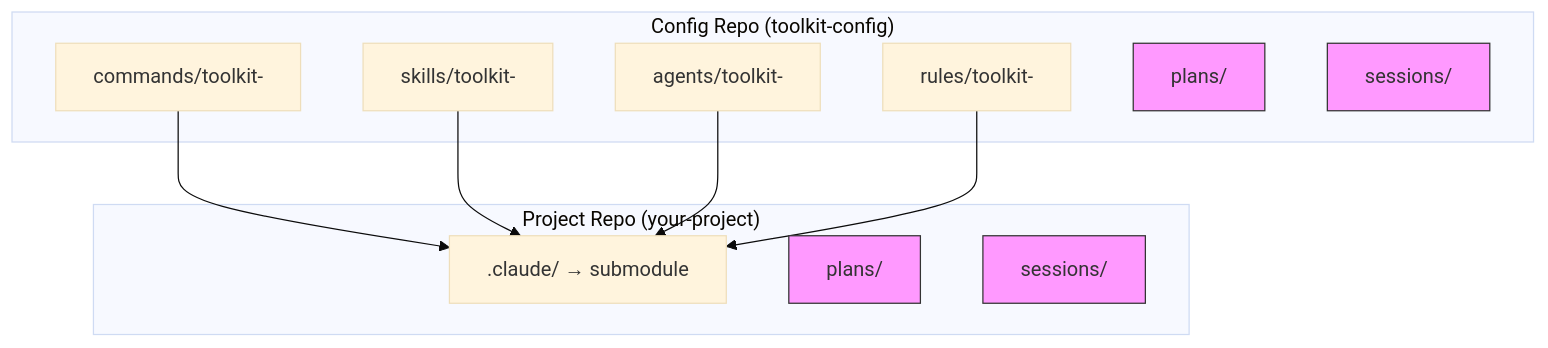
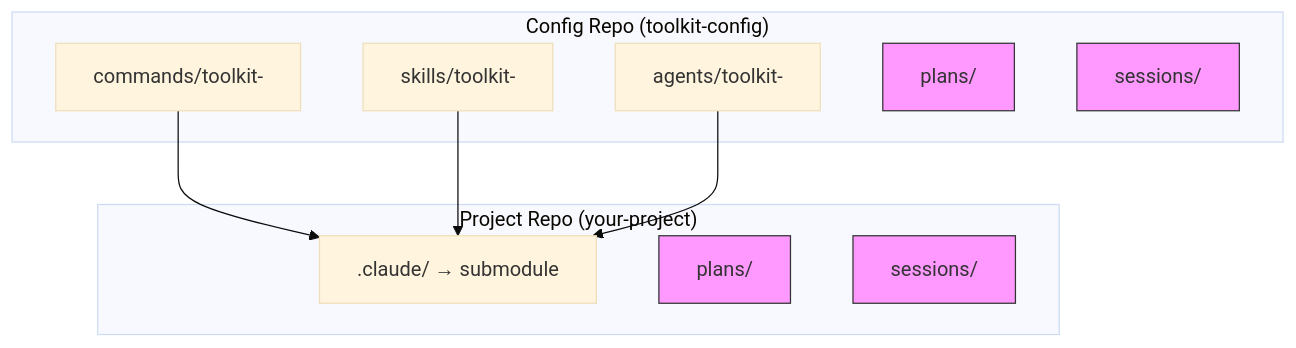
One commit to eyelock/claude-config-toolkit changed the first of 3 diagrams in agents/toolkit-architecture.md. Above: the diagram before and after it, drawn with Mermaid (base theme). The commit also changed other lines of this file and 20 other files, not shown here.

````diff
--- a/agents/toolkit-architecture.md
+++ b/agents/toolkit-architecture.md
@@ -61,29 +60,27 @@
 ```mermaid
 graph TB
     subgraph "Config Repo (toolkit-config)"
         CR[commands/toolkit-]
         SR[skills/toolkit-]
         AR[agents/toolkit-]
-        RR[rules/toolkit-]
         PR[plans/]
         SS[sessions/]
     end
 
     subgraph "Project Repo (your-project)"
         CL[.claude/ → submodule]
         PP[plans/]
         SP[sessions/]
     end
 
     CR --> CL
     SR --> CL
     AR --> CL
-    RR --> CL
 
     style PR fill:#f9f,stroke:#333
     style SS fill:#f9f,stroke:#333
     style PP fill:#f9f,stroke:#333
     style SP fill:#f9f,stroke:#333
 
     classDef ignored fill:#f9f,stroke:#333,stroke-dasharray: 5 5
 ```
````
